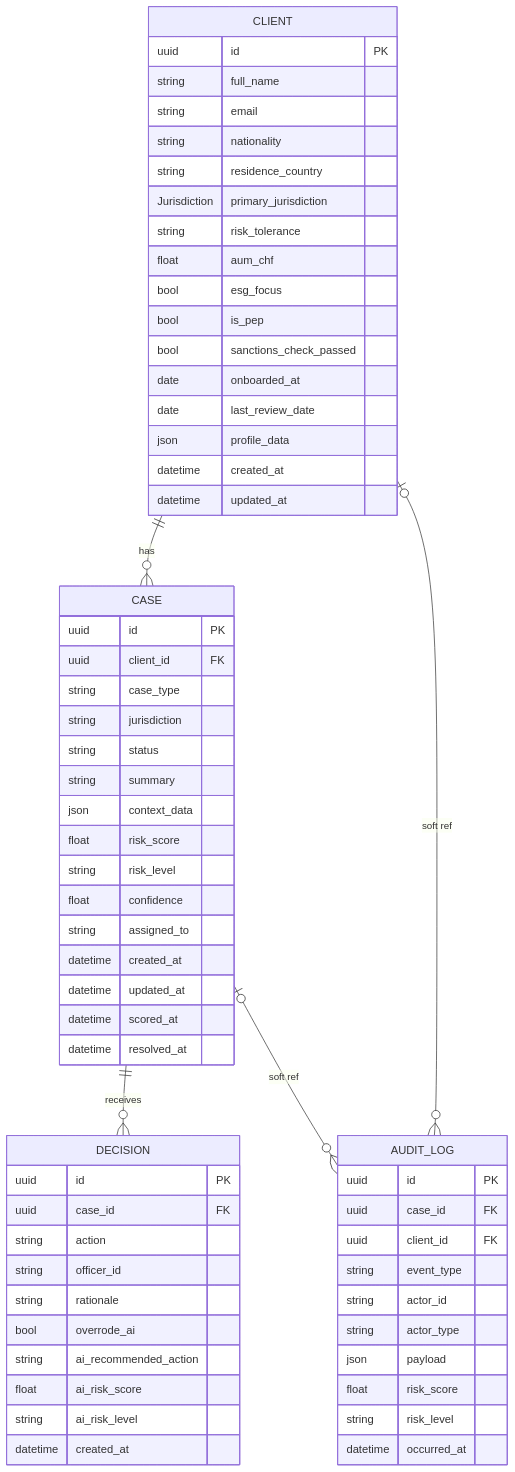
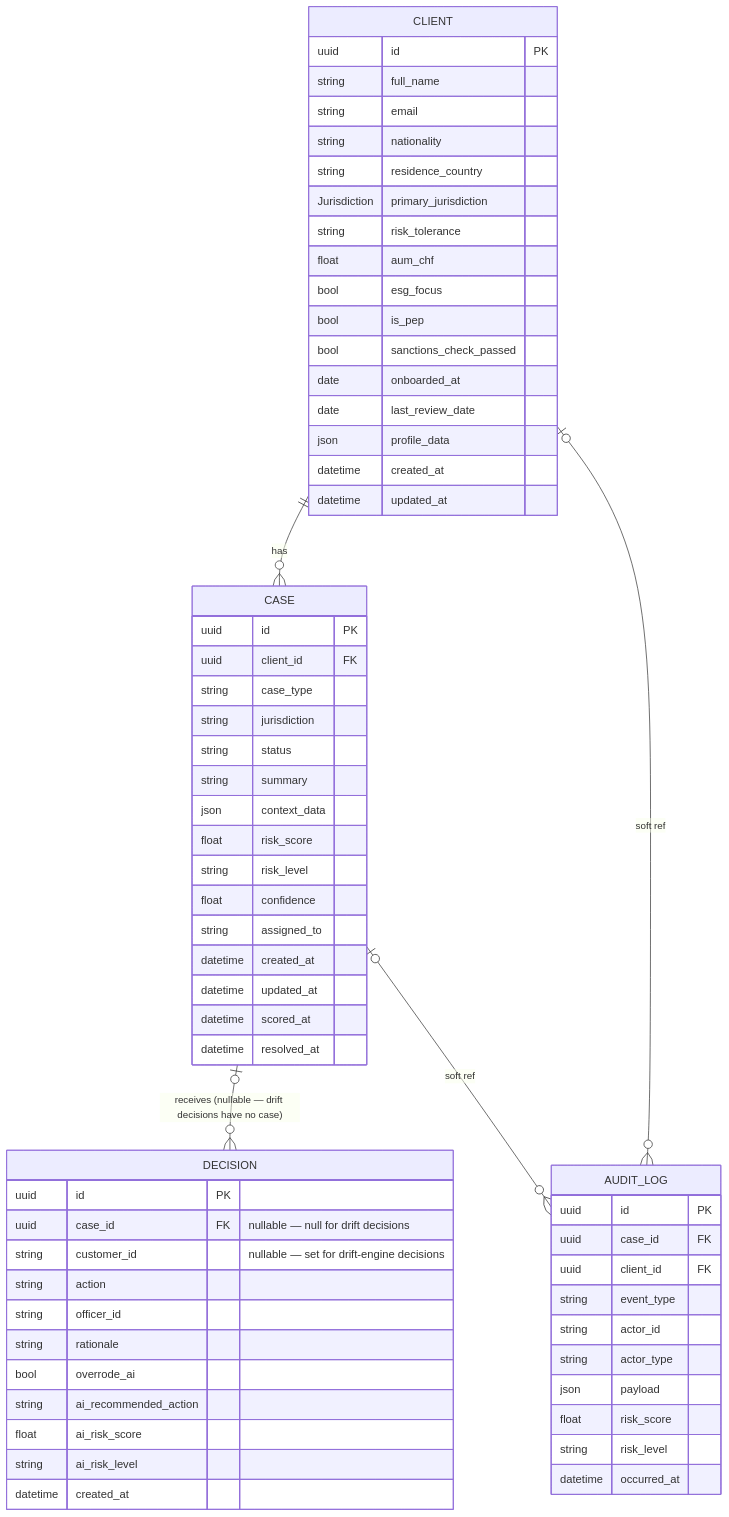
The first of 3 diagrams in docs/db-schema.md (SteveDok22/Swisshacks-2026), drawn with Mermaid before and after one commit. The commit also changed other lines of this file and 3 other files, not shown here.

First line of the commit message:
docs: update api, db-schema, flows, and challenge overview for customer_id decisions

````diff
--- a/docs/db-schema.md
+++ b/docs/db-schema.md
@@ -5,70 +5,71 @@
 ```mermaid
 erDiagram
     CLIENT {
         uuid id PK
         string full_name
         string email
         string nationality
         string residence_country
         Jurisdiction primary_jurisdiction
         string risk_tolerance
         float aum_chf
         bool esg_focus
         bool is_pep
         bool sanctions_check_passed
         date onboarded_at
         date last_review_date
         json profile_data
         datetime created_at
         datetime updated_at
     }
 
     CASE {
         uuid id PK
         uuid client_id FK
         string case_type
         string jurisdiction
         string status
         string summary
         json context_data
         float risk_score
         string risk_level
         float confidence
         string assigned_to
         datetime created_at
         datetime updated_at
         datetime scored_at
         datetime resolved_at
     }
 
     DECISION {
         uuid id PK
-        uuid case_id FK
+        uuid case_id FK "nullable — null for drift decisions"
+        string customer_id "nullable — set for drift-engine decisions"
         string action
         string officer_id
         string rationale
         bool overrode_ai
         string ai_recommended_action
         float ai_risk_score
         string ai_risk_level
         datetime created_at
     }
 
     AUDIT_LOG {
         uuid id PK
         uuid case_id FK
         uuid client_id FK
         string event_type
         string actor_id
         string actor_type
         json payload
         float risk_score
         string risk_level
         datetime occurred_at
     }
 
     CLIENT ||--o{ CASE : "has"
-    CASE ||--o{ DECISION : "receives"
+    CASE |o--o{ DECISION : "receives (nullable — drift decisions have no case)"
     CASE |o--o{ AUDIT_LOG : "soft ref"
     CLIENT |o--o{ AUDIT_LOG : "soft ref"
 ```
````
